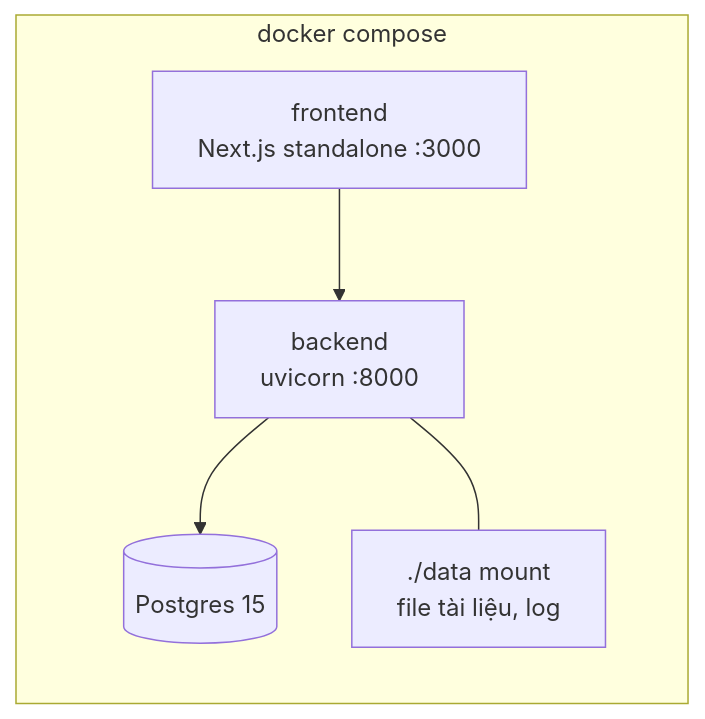
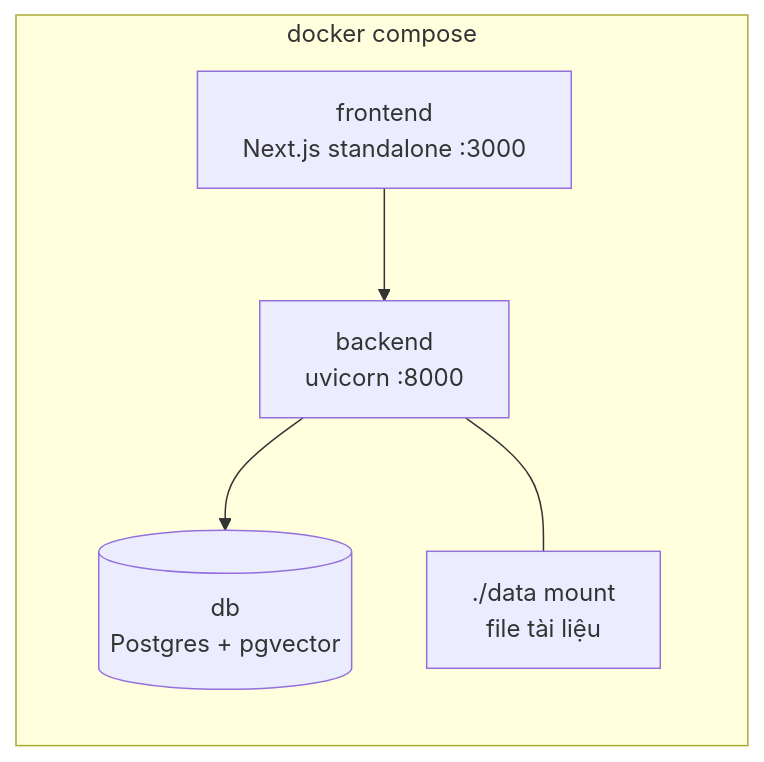
The fifth of 5 diagrams in docs/architecture_diagram.md (MinhNhatUet/7grass10wwind), drawn with Mermaid before and after one commit. The commit also changed other lines of this file and 8 other files, not shown here.

First line of the commit message:
feat: Postgres + pgvector cho DB và tìm kiếm (D-84)

````diff
--- a/docs/architecture_diagram.md
+++ b/docs/architecture_diagram.md
@@ -95,8 +95,8 @@
 ```mermaid
 graph LR
     subgraph docker compose
         FEC[frontend<br/>Next.js standalone :3000] --> BEC[backend<br/>uvicorn :8000]
-        BEC --> PG[(Postgres 15)]
-        BEC --- VOL[./data mount<br/>file tài liệu, log]
+        BEC --> PGC[(db<br/>Postgres + pgvector)]
+        BEC --- VOL[./data mount<br/>file tài liệu]
     end
 ```
````
